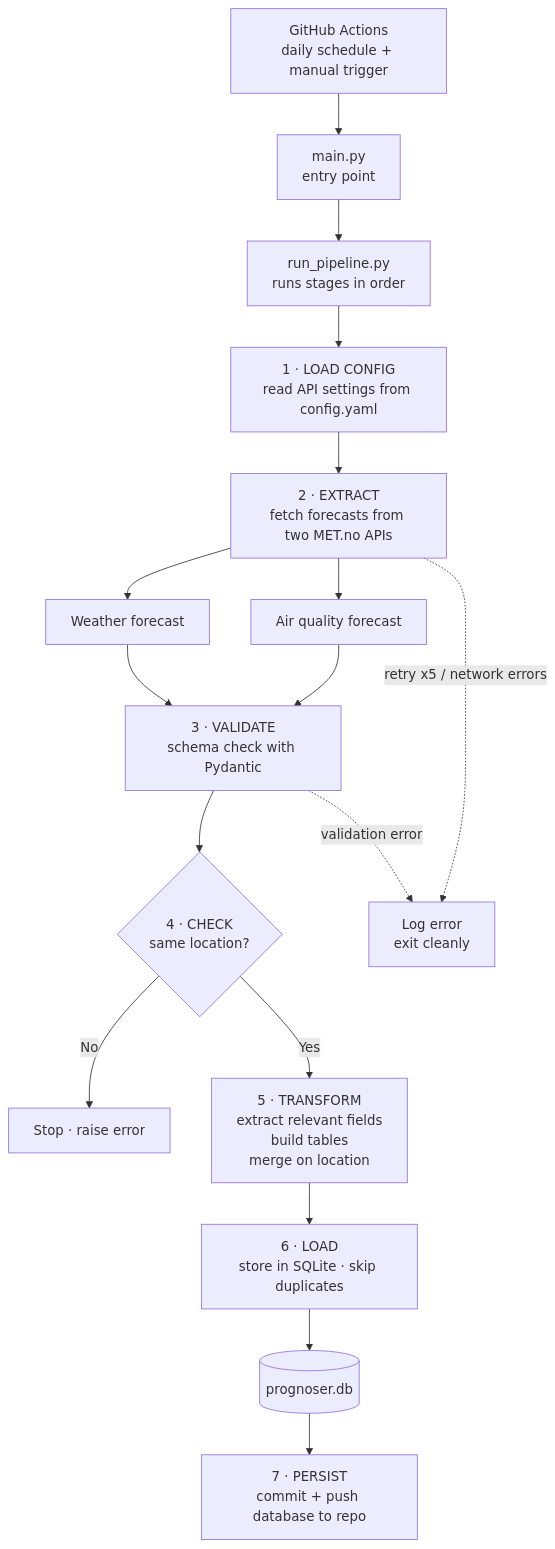
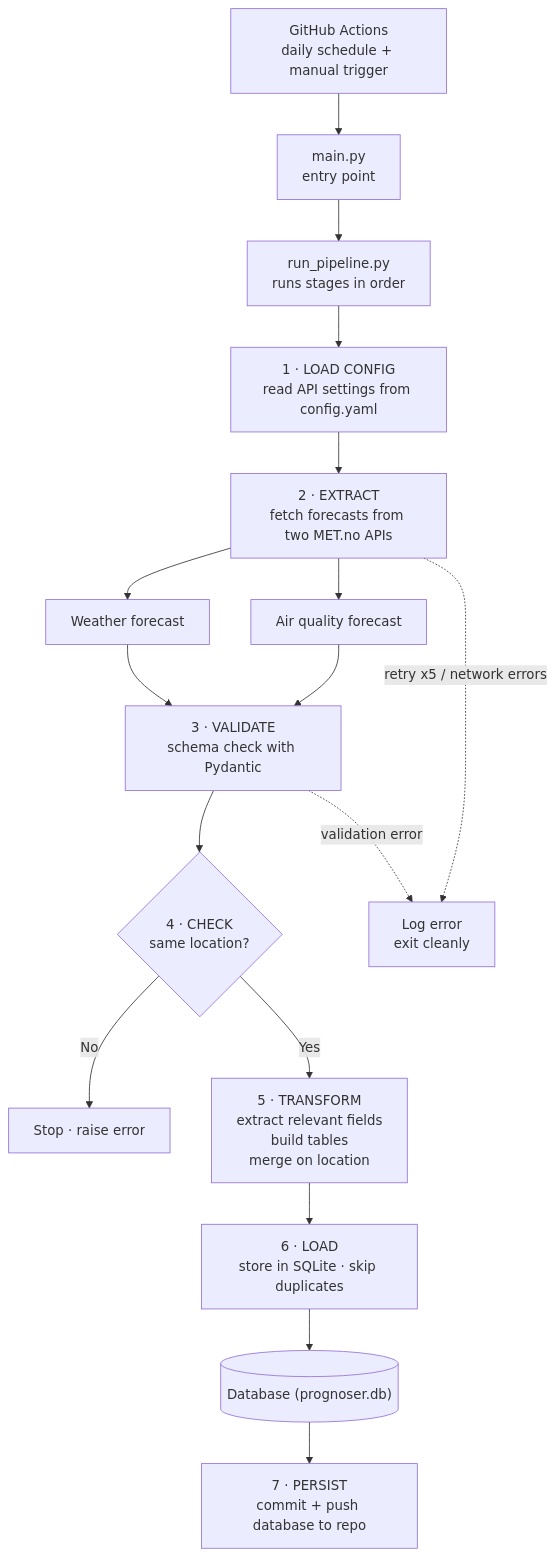
Before and after one commit to Sahatfi/Forurensning-API-pipeline-prosjekt: the diagram in README.md, drawn with Mermaid.

Commit message:
Update database reference in README

````diff
--- a/README.md
+++ b/README.md
@@ -59,19 +59,19 @@
 ```mermaid
 flowchart TD
     A["GitHub Actions<br/>daily schedule + manual trigger"] --> B["main.py<br/>entry point"]
     B --> C["run_pipeline.py<br/>runs stages in order"]
     C --> S1["1 · LOAD CONFIG<br/>read API settings from config.yaml"]
     S1 --> S2["2 · EXTRACT<br/>fetch forecasts from two MET.no APIs"]
     S2 --> S2a["Weather forecast"]
     S2 --> S2b["Air quality forecast"]
     S2a --> S3["3 · VALIDATE<br/>schema check with Pydantic"]
     S2b --> S3
     S3 --> S4{"4 · CHECK<br/>same location?"}
     S4 -->|"No"| X["Stop · raise error"]
     S4 -->|"Yes"| S5["5 · TRANSFORM<br/>extract relevant fields<br/>build tables<br/>merge on location"]
     S5 --> S6["6 · LOAD<br/>store in SQLite · skip duplicates"]
-    S6 --> DB[("prognoser.db")]
+    S6 --> DB[(" Database (prognoser.db)")]
     DB --> S7["7 · PERSIST<br/>commit + push database to repo"]
     S2 -.->|"retry x5 / network errors"| ERR["Log error<br/>exit cleanly"]
     S3 -.->|"validation error"| ERR
 ```
````
